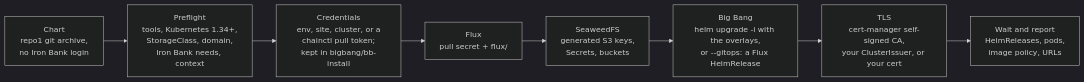
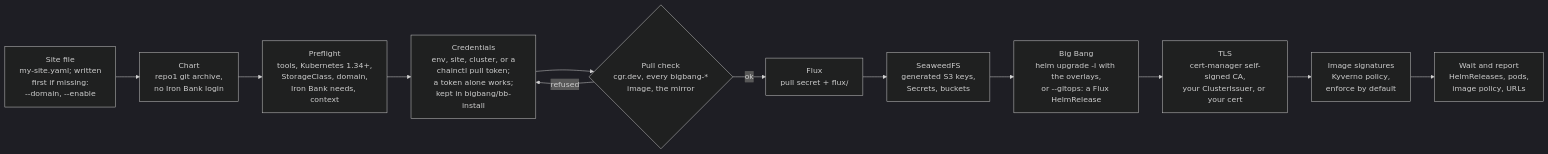
The fourth of 9 diagrams in docs/architecture.md (Zapata-Technology/bigbang-chainguard), drawn with Mermaid (dark theme) before and after one commit. The commit also changed other lines of this file and 3 other files, not shown here.

First line of the commit message:
docs: bring the diagrams and docs up to date with this week's changes

````diff
--- a/docs/architecture.md
+++ b/docs/architecture.md
@@ -120,10 +139,14 @@
 ```mermaid
 flowchart LR
-    CH[Chart<br/>repo1 git archive,<br/>no Iron Bank login] --> PF[Preflight<br/>tools, Kubernetes 1.34+,<br/>StorageClass, domain,<br/>Iron Bank needs, context]
-    PF --> CR[Credentials<br/>env, site, cluster, or a<br/>chainctl pull token;<br/>kept in bigbang/bb-install]
-    CR --> FX[Flux<br/>pull secret + flux/]
+    SF[Site file<br/>my-site.yaml; written<br/>first if missing:<br/>--domain, --enable] --> CH[Chart<br/>repo1 git archive,<br/>no Iron Bank login]
+    CH --> PF[Preflight<br/>tools, Kubernetes 1.34+,<br/>StorageClass, domain,<br/>Iron Bank needs, context]
+    PF --> CR[Credentials<br/>env, site, cluster, or a<br/>chainctl pull token;<br/>a token alone works;<br/>kept in bigbang/bb-install]
+    CR --> PC{Pull check<br/>cgr.dev, every bigbang-*<br/>image, the mirror}
+    PC -- refused --> CR
+    PC -- ok --> FX[Flux<br/>pull secret + flux/]
     FX --> SW[SeaweedFS<br/>generated S3 keys,<br/>Secrets, buckets]
     SW --> BB[Big Bang<br/>helm upgrade -i with the overlays,<br/>or --gitops: a Flux HelmRelease]
     BB --> TL[TLS<br/>cert-manager self-signed CA,<br/>your ClusterIssuer, or your cert]
-    TL --> W[Wait and report<br/>HelmReleases, pods,<br/>image policy, URLs]
+    TL --> SG[Image signatures<br/>Kyverno policy,<br/>enforce by default]
+    SG --> W[Wait and report<br/>HelmReleases, pods,<br/>image policy, URLs]
 ```
````
